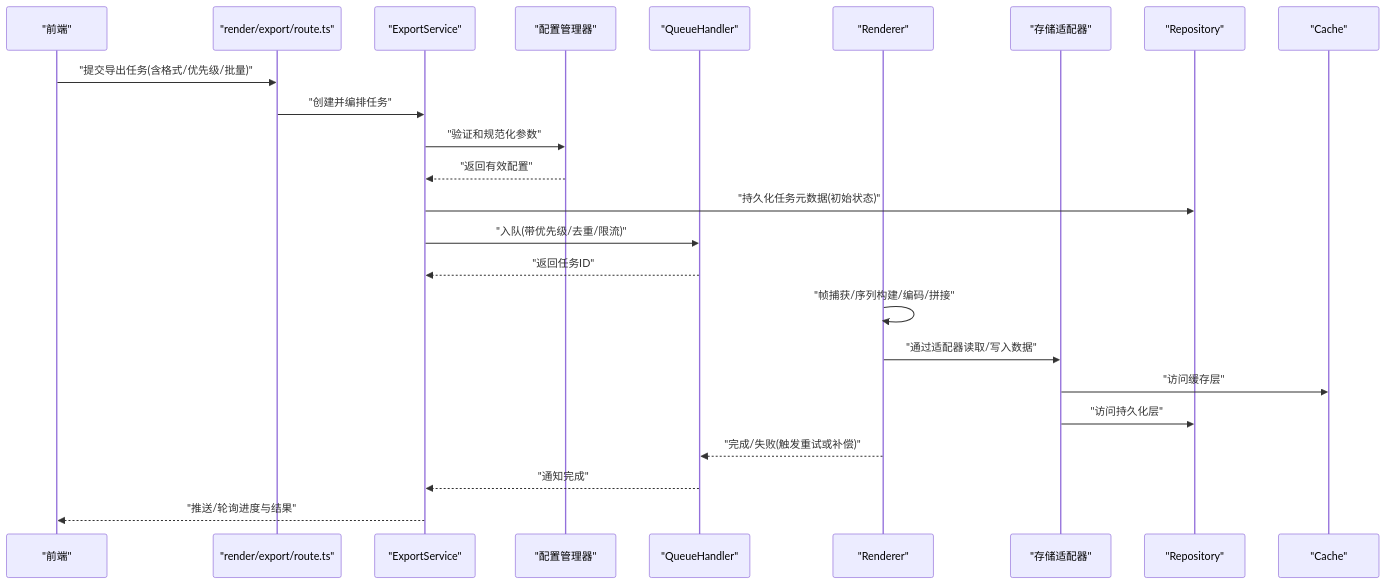
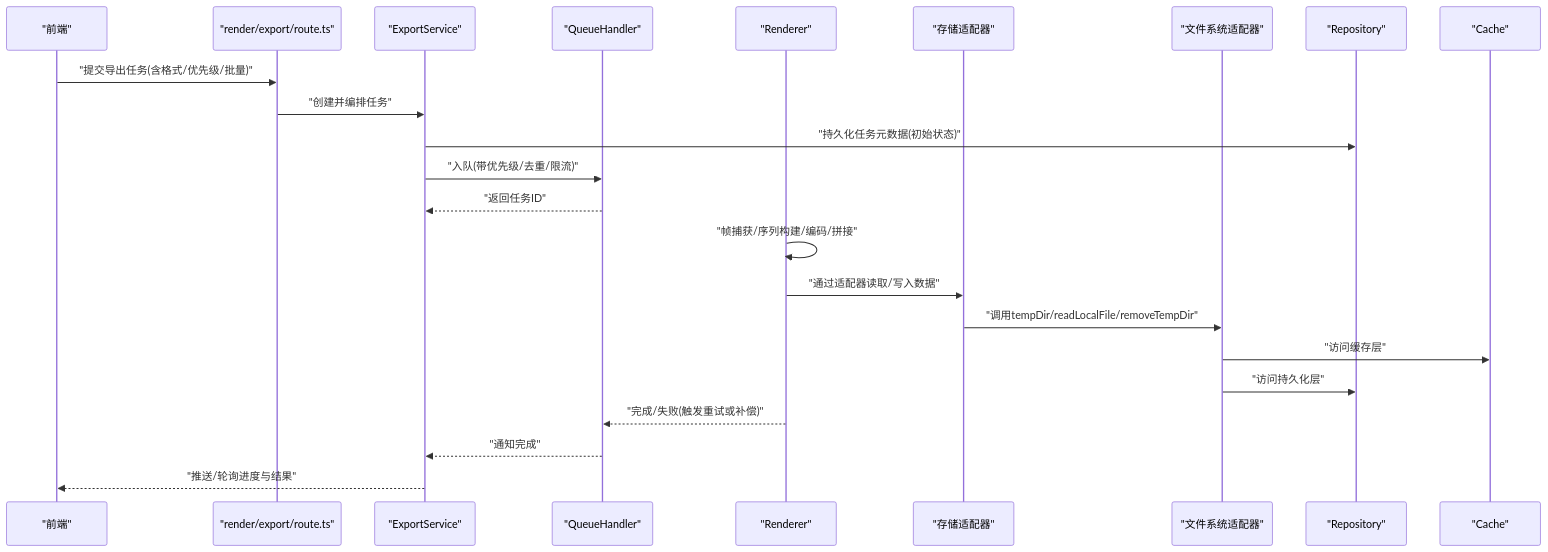
One commit to AIMFllyYS/code-video-canvas changed the second of 9 diagrams in .qoder/repowiki/zh/content/核心功能模块/渲染引擎/导出服务.md. Above: the diagram before and after it, drawn with Mermaid. The commit also changed other lines of this file and 20 other files, not shown here.

````diff
--- a/.qoder/repowiki/zh/content/核心功能模块/渲染引擎/导出服务.md
+++ b/.qoder/repowiki/zh/content/核心功能模块/渲染引擎/导出服务.md
@@ -167,26 +156,25 @@
 ```mermaid
 sequenceDiagram
 participant FE as "前端"
 participant API as "render/export/route.ts"
 participant ES as "ExportService"
-participant CFG as "配置管理器"
 participant QH as "QueueHandler"
 participant RN as "Renderer"
 participant SA as "存储适配器"
+participant FS as "文件系统适配器"
 participant RP as "Repository"
 participant CA as "Cache"
 FE->>API : "提交导出任务(含格式/优先级/批量)"
 API->>ES : "创建并编排任务"
-ES->>CFG : "验证和规范化参数"
-CFG-->>ES : "返回有效配置"
 ES->>RP : "持久化任务元数据(初始状态)"
 ES->>QH : "入队(带优先级/去重/限流)"
 QH-->>ES : "返回任务ID"
 RN->>RN : "帧捕获/序列构建/编码/拼接"
 RN->>SA : "通过适配器读取/写入数据"
-SA->>CA : "访问缓存层"
-SA->>RP : "访问持久化层"
+SA->>FS : "调用tempDir/readLocalFile/removeTempDir"
+FS->>CA : "访问缓存层"
+FS->>RP : "访问持久化层"
 RN-->>QH : "完成/失败(触发重试或补偿)"
 QH-->>ES : "通知完成"
 ES-->>FE : "推送/轮询进度与结果"
 ```
````
